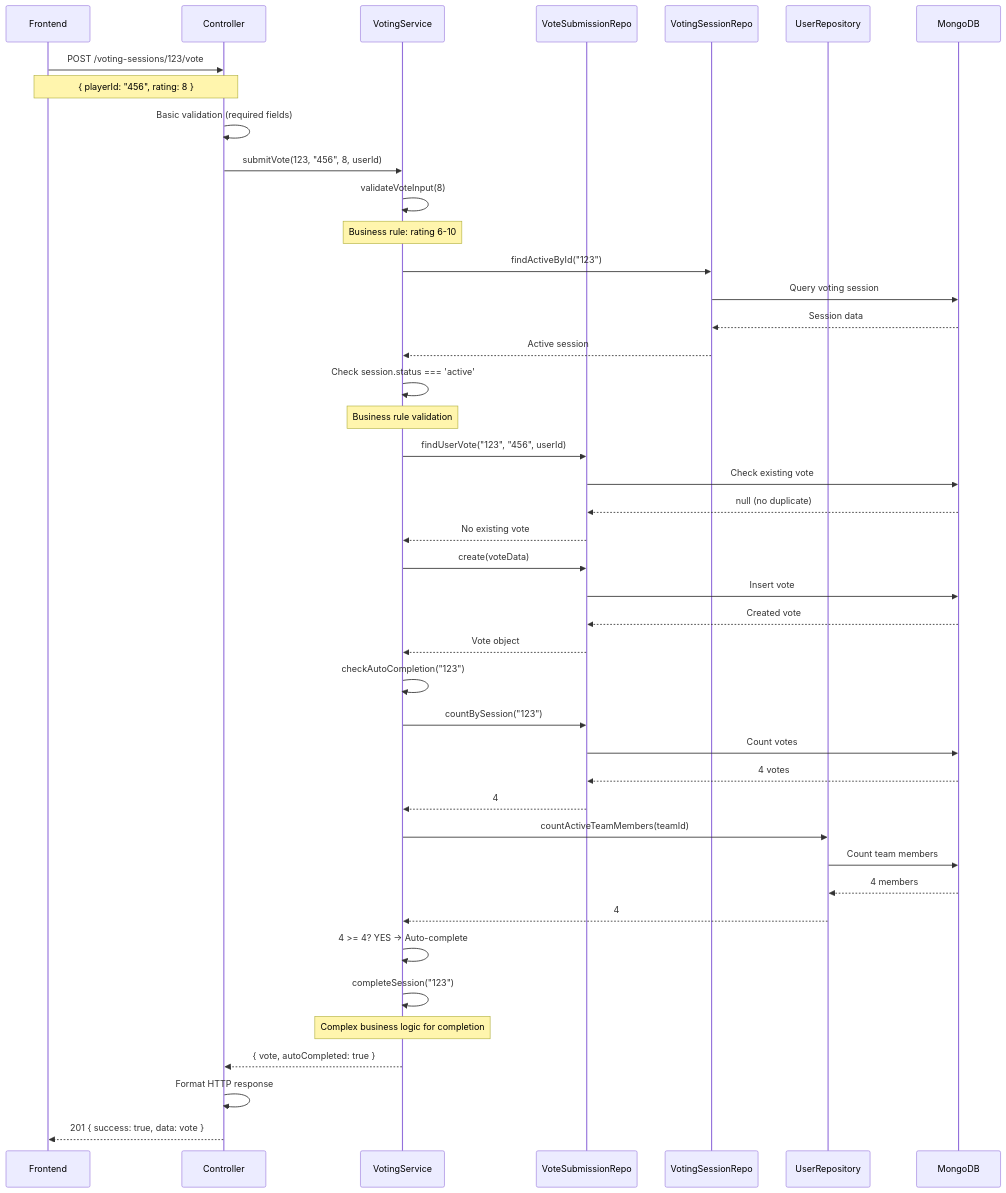
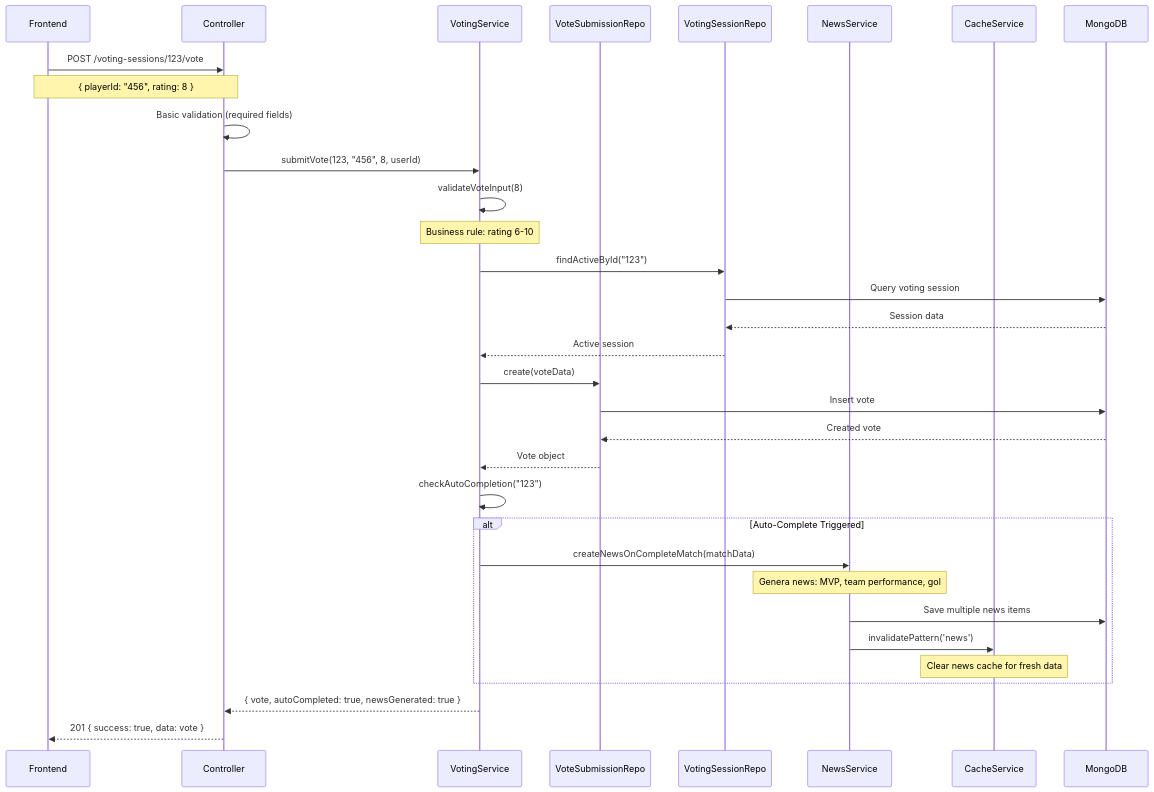
The first of 2 diagrams in SYSTEM_ARCHITECTURE_GUIDE.md (SimonePere/Pagelle_FC__Alpha-v0.1.0), drawn with Mermaid before and after one commit. The commit also changed other lines of this file and 11 other files, not shown here.

````diff
--- a/SYSTEM_ARCHITECTURE_GUIDE.md
+++ b/SYSTEM_ARCHITECTURE_GUIDE.md
@@ -221,56 +500,42 @@
 ```mermaid
 sequenceDiagram
     participant F as Frontend
     participant C as Controller
     participant VS as VotingService
     participant VSR as VoteSubmissionRepo
     participant VR as VotingSessionRepo
-    participant UR as UserRepository
+    participant NS as NewsService
+    participant CS as CacheService
     participant DB as MongoDB
 
     F->>C: POST /voting-sessions/123/vote
     Note over F,C: { playerId: "456", rating: 8 }
     
     C->>C: Basic validation (required fields)
     C->>VS: submitVote(123, "456", 8, userId)
     
     VS->>VS: validateVoteInput(8)
     Note over VS: Business rule: rating 6-10
     
     VS->>VR: findActiveById("123")
     VR->>DB: Query voting session
     DB-->>VR: Session data
     VR-->>VS: Active session
     
-    VS->>VS: Check session.status === 'active'
-    Note over VS: Business rule validation
-    
-    VS->>VSR: findUserVote("123", "456", userId)
-    VSR->>DB: Check existing vote
-    DB-->>VSR: null (no duplicate)
-    VSR-->>VS: No existing vote
-    
     VS->>VSR: create(voteData)
     VSR->>DB: Insert vote
     DB-->>VSR: Created vote
     VSR-->>VS: Vote object
     
     VS->>VS: checkAutoCompletion("123")
-    VS->>VSR: countBySession("123")
-    VSR->>DB: Count votes
-    DB-->>VSR: 4 votes
-    VSR-->>VS: 4
+    alt Auto-Complete Triggered
+        VS->>NS: createNewsOnCompleteMatch(matchData)
+        Note over NS: Genera news: MVP, team performance, gol
+        NS->>DB: Save multiple news items
+        NS->>CS: invalidatePattern('news')
+        Note over CS: Clear news cache for fresh data
+    end
     
-    VS->>UR: countActiveTeamMembers(teamId)
-    UR->>DB: Count team members
-    DB-->>UR: 4 members
-    UR-->>VS: 4
-    
-    VS->>VS: 4 >= 4? YES -> Auto-complete
-    VS->>VS: completeSession("123")
-    Note over VS: Complex business logic for completion
-    
-    VS-->>C: { vote, autoCompleted: true }
-    C->>C: Format HTTP response
+    VS-->>C: { vote, autoCompleted: true, newsGenerated: true }
     C-->>F: 201 { success: true, data: vote }
 ```
````
